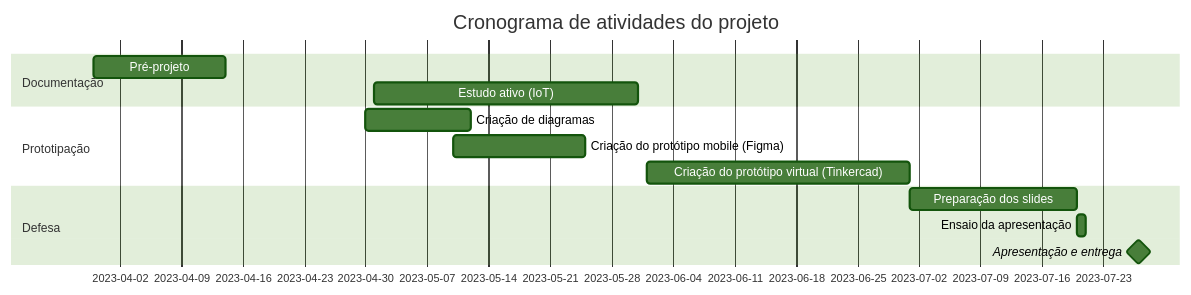
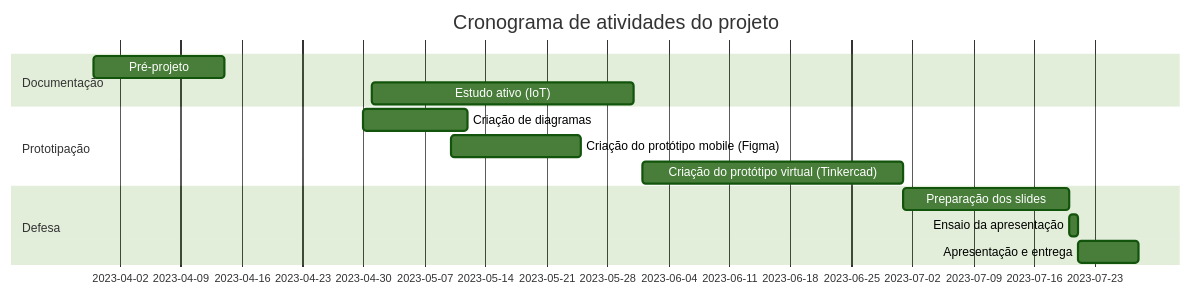
The diagram in README.md (AgathaSena/Projeto-Integrador-II), drawn with Mermaid (forest theme) before and after one commit.

````diff
--- a/README.md
+++ b/README.md
@@ -6,16 +6,16 @@
  ```mermaid
     gantt
     title Cronograma de atividades do projeto
     dateFormat  YYYY-MM-DD
     section Documentação
     Pré-projeto     :a1,  2023-03-30, 15d
     Estudo ativo (IoT)  :a2, 2023-05-01, 30d
     section Prototipação
     Criação de diagramas     :       c1,  2023-04-30, 12d
     Criação do protótipo mobile (Figma)      :c2,    2023-05-10, 15d
     Criação do protótipo virtual (Tinkercad)      :c3,    2023-06-01, 30d
     section Defesa
     Preparação dos slides :p1, after c3, 19d
     Ensaio da apresentação :p2, after p1, 01d
-    Apresentação e entrega  :milestone, 2023-07-27, 00d
+    Apresentação e entrega  :p3, after p2, 07d
 ``` 
````
